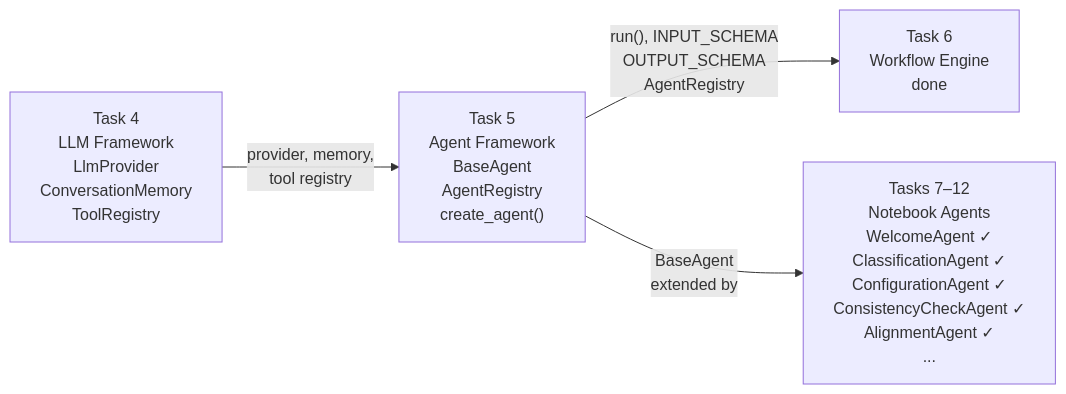
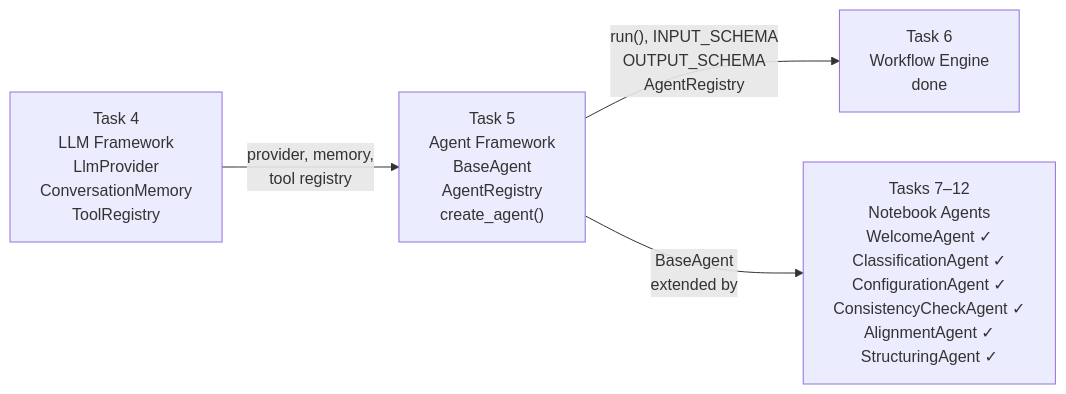
The first of 3 diagrams in docs/Architecture/architecture-agent-framework.md (Alanbahena/zenet-mvp-jupyter), drawn with Mermaid before and after one commit. The commit also changed other lines of this file and 6 other files, not shown here.

````diff
--- a/docs/Architecture/architecture-agent-framework.md
+++ b/docs/Architecture/architecture-agent-framework.md
@@ -10,11 +10,11 @@
 ```mermaid
 flowchart LR
     T4["Task 4<br/>LLM Framework<br/>LlmProvider<br/>ConversationMemory<br/>ToolRegistry"]
     T5["Task 5<br/>Agent Framework<br/>BaseAgent<br/>AgentRegistry<br/>create_agent()"]
     T6["Task 6<br/>Workflow Engine<br/>done"]
-    T712["Tasks 7–12<br/>Notebook Agents<br/>WelcomeAgent ✓<br/>ClassificationAgent ✓<br/>ConfigurationAgent ✓<br/>ConsistencyCheckAgent ✓<br/>AlignmentAgent ✓<br/>..."]
+    T712["Tasks 7–12<br/>Notebook Agents<br/>WelcomeAgent ✓<br/>ClassificationAgent ✓<br/>ConfigurationAgent ✓<br/>ConsistencyCheckAgent ✓<br/>AlignmentAgent ✓<br/>StructuringAgent ✓"]
 
     T4 -->|"provider, memory,<br/>tool registry"| T5
     T5 -->|"run(), INPUT_SCHEMA<br/>OUTPUT_SCHEMA<br/>AgentRegistry"| T6
     T5 -->|"BaseAgent<br/>extended by"| T712
 ```
````
